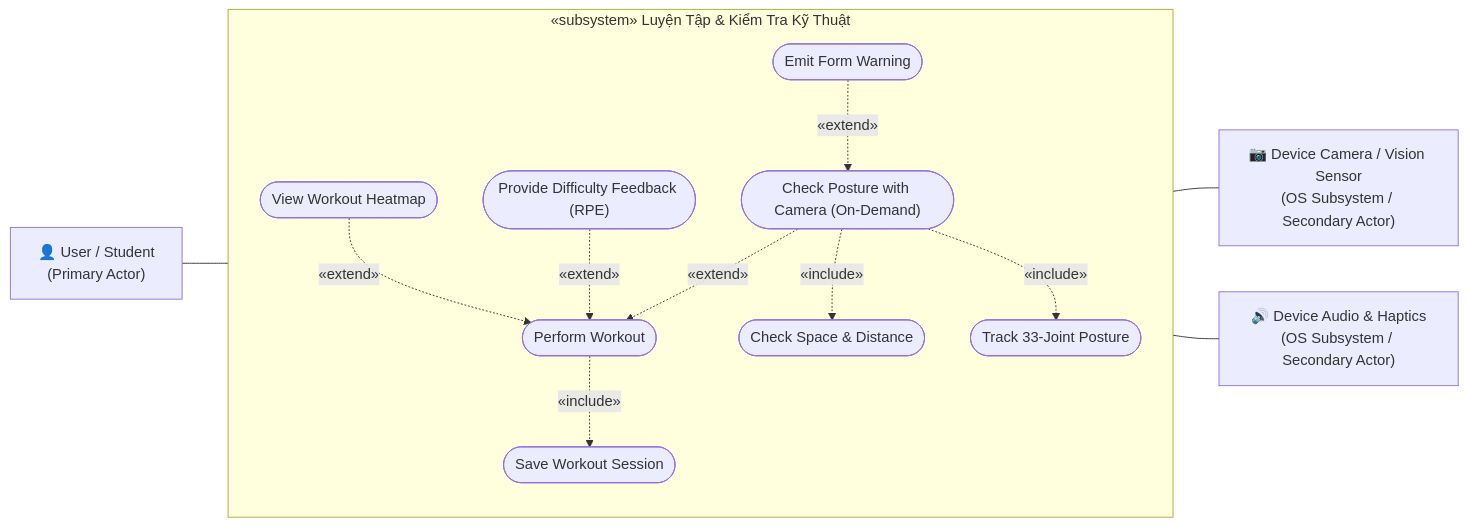
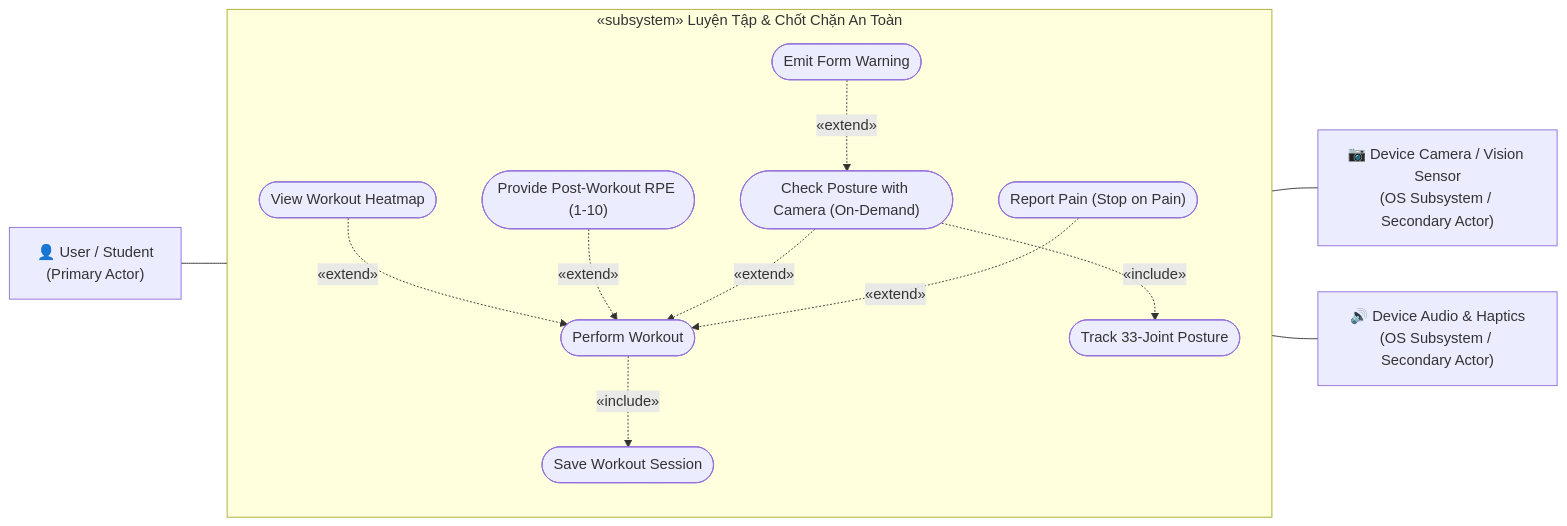
One commit to NewFace819/FitLens changed the second of 6 diagrams in docs/USE_CASE_DIAGRAM.md. Above: the diagram before and after it, drawn with Mermaid. The commit also changed other lines of this file and 3 other files, not shown here.

Commit message:
docs: standardize use cases, unify post-workout RPE 1-10, remove calorie compensation, and add concise architecture

````diff
--- a/docs/USE_CASE_DIAGRAM.md
+++ b/docs/USE_CASE_DIAGRAM.md
@@ -50,32 +58,34 @@
 ```mermaid
 flowchart LR
-    subgraph Subsys2 ["«subsystem» Luyện Tập & Kiểm Tra Kỹ Thuật"]
+    subgraph Subsys2 ["«subsystem» Luyện Tập & Chốt Chặn An Toàn"]
         direction TB
         UC_Workout(["Perform Workout"])
         UC_Save(["Save Workout Session"])
+        UC_PainStop(["Report Pain (Stop on Pain)"])
+        
         UC_CheckForm(["Check Posture with Camera (On-Demand)"])
-        UC_Space(["Check Space & Distance"])
         UC_Track(["Track 33-Joint Posture"])
         UC_Alert(["Emit Form Warning"])
-        UC_RPE(["Provide Difficulty Feedback (RPE)"])
+        
+        UC_RPE(["Provide Post-Workout RPE (1-10)"])
         UC_PostHeatmap(["View Workout Heatmap"])
     end
 
     User["👤 User / Student\n(Primary Actor)"]
     PoseTracker["📷 Device Camera / Vision Sensor\n(OS Subsystem / Secondary Actor)"]
     AudioSys["🔊 Device Audio & Haptics\n(OS Subsystem / Secondary Actor)"]
 
     User --- UC_Workout
 
     UC_Workout -.->|«include»| UC_Save
+    UC_PainStop -.->|«extend»| UC_Workout
     UC_CheckForm -.->|«extend»| UC_Workout
     UC_RPE -.->|«extend»| UC_Workout
     UC_PostHeatmap -.->|«extend»| UC_Workout
 
-    UC_CheckForm -.->|«include»| UC_Space
     UC_CheckForm -.->|«include»| UC_Track
     UC_Alert -.->|«extend»| UC_CheckForm
 
     UC_Track --- PoseTracker
     UC_Alert --- AudioSys
 ```
````
